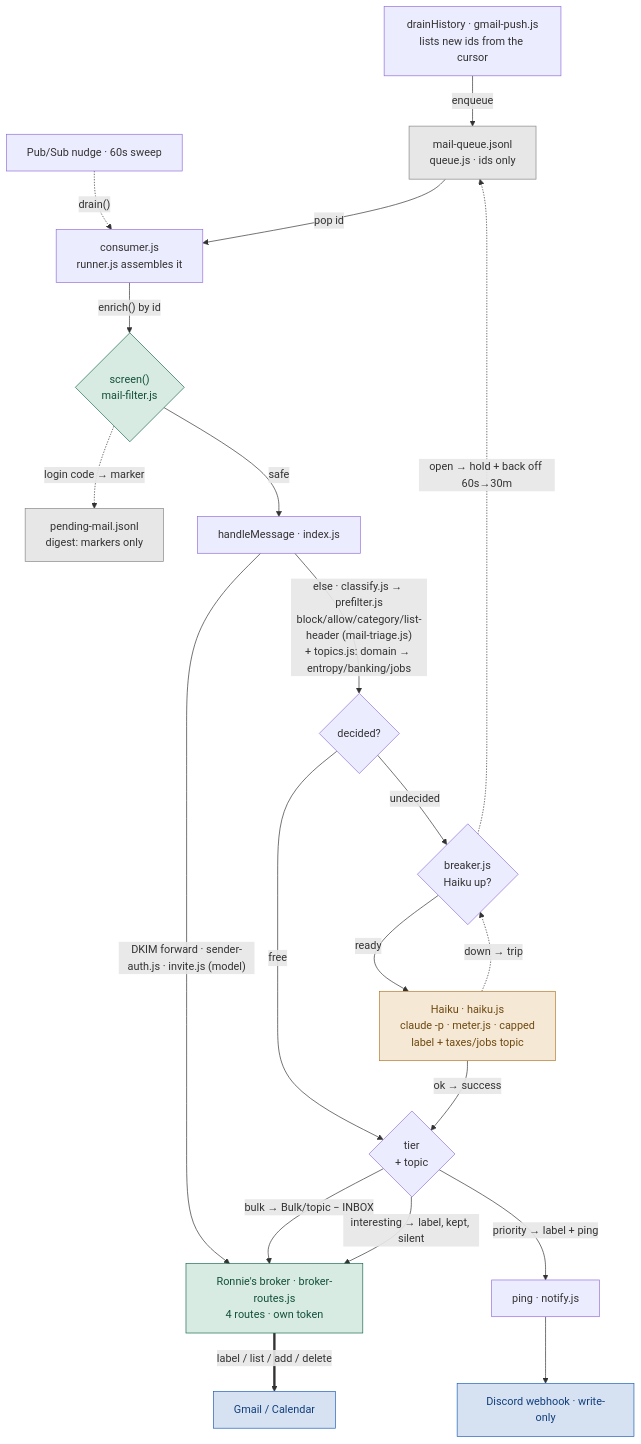
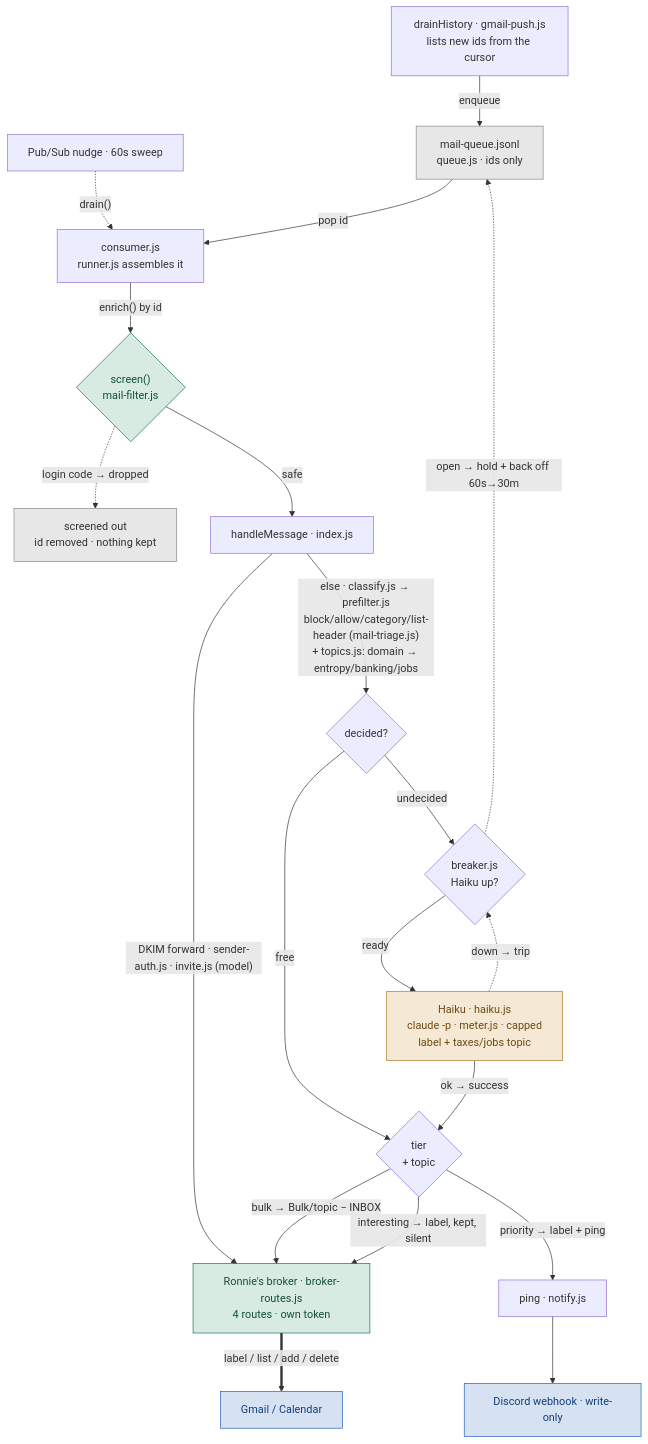
Before and after one commit to KubaJerz/alfred-node: the third of 6 diagrams in SYSTEM-MAP.md, drawn with Mermaid. The commit also changed other lines of this file and 12 other files, not shown here.

First line of the commit message:
refactor: remove the tier-1 mail buffer and digest

````diff
--- a/SYSTEM-MAP.md
+++ b/SYSTEM-MAP.md
@@ -177,31 +168,31 @@
 ```mermaid
 flowchart TD
     D["drainHistory · gmail-push.js<br/>lists new ids from the cursor"] -->|"enqueue"| Q["mail-queue.jsonl<br/>queue.js · ids only"]
     T["Pub/Sub nudge · 60s sweep"] -.->|"drain()"| C
     Q -->|"pop id"| C["consumer.js<br/>runner.js assembles it"]
     C -->|"enrich() by id"| SC{"screen()<br/>mail-filter.js"}
-    SC -.->|"login code → marker"| BUF["pending-mail.jsonl<br/>digest: markers only"]
+    SC -.->|"login code → dropped"| X["screened out<br/>id removed · nothing kept"]
     SC -->|"safe"| H["handleMessage · index.js"]
     H -->|"DKIM forward · sender-auth.js · invite.js (model)"| RBR
     H -->|"else · classify.js → prefilter.js<br/>block/allow/category/list-header (mail-triage.js)<br/>+ topics.js: domain → entropy/banking/jobs"| PF{"decided?"}
     PF -->|"free"| ACT
     PF -->|"undecided"| BR{"breaker.js<br/>Haiku up?"}
     BR -->|"ready"| HK["Haiku · haiku.js<br/>claude -p · meter.js · capped<br/>label + taxes/jobs topic"]
     BR -.->|"open → hold + back off 60s→30m"| Q
     HK -->|"ok → success"| ACT{"tier<br/>+ topic"}
     HK -.->|"down → trip"| BR
     ACT -->|"bulk → Bulk/topic − INBOX"| RBR
     ACT -->|"interesting → label, kept, silent"| RBR
     ACT -->|"priority → label + ping"| PING["ping · notify.js"]
     RBR["Ronnie's broker · broker-routes.js<br/>4 routes · own token"] ==>|"label / list / add / delete"| GM["Gmail / Calendar"]
     PING --> DIS["Discord webhook · write-only"]
 
     classDef external fill:#d6e2f2,stroke:#1f5fb8,color:#123f7d
     classDef gateway fill:#d8ebe2,stroke:#1b6b52,color:#12503c
     classDef agent fill:#f5e8d5,stroke:#b07a2a,color:#6e4a12
     classDef store fill:#e7e7e7,stroke:#888,color:#333
     class GM,DIS external
     class SC,RBR gateway
     class HK agent
-    class Q,BUF store
+    class Q,X store
 ```
````
